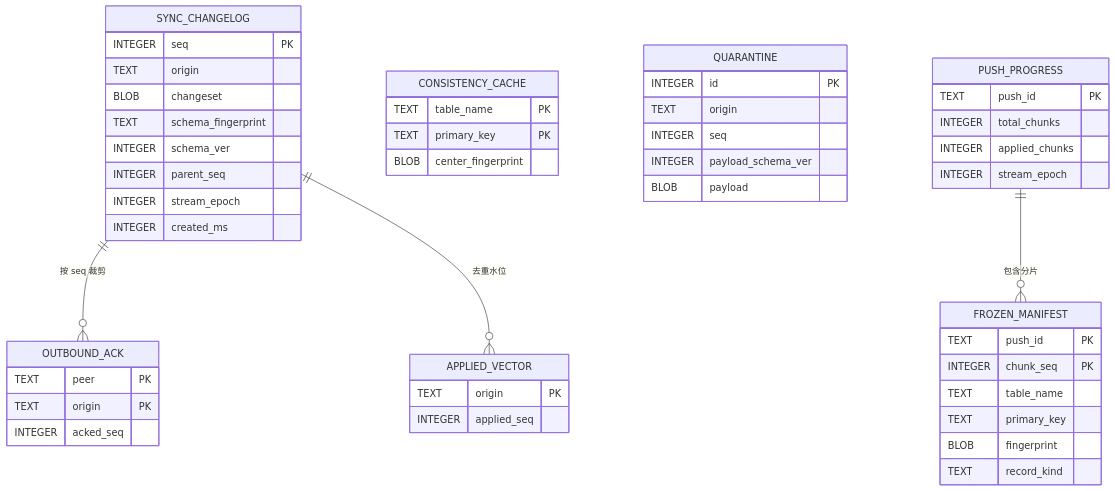
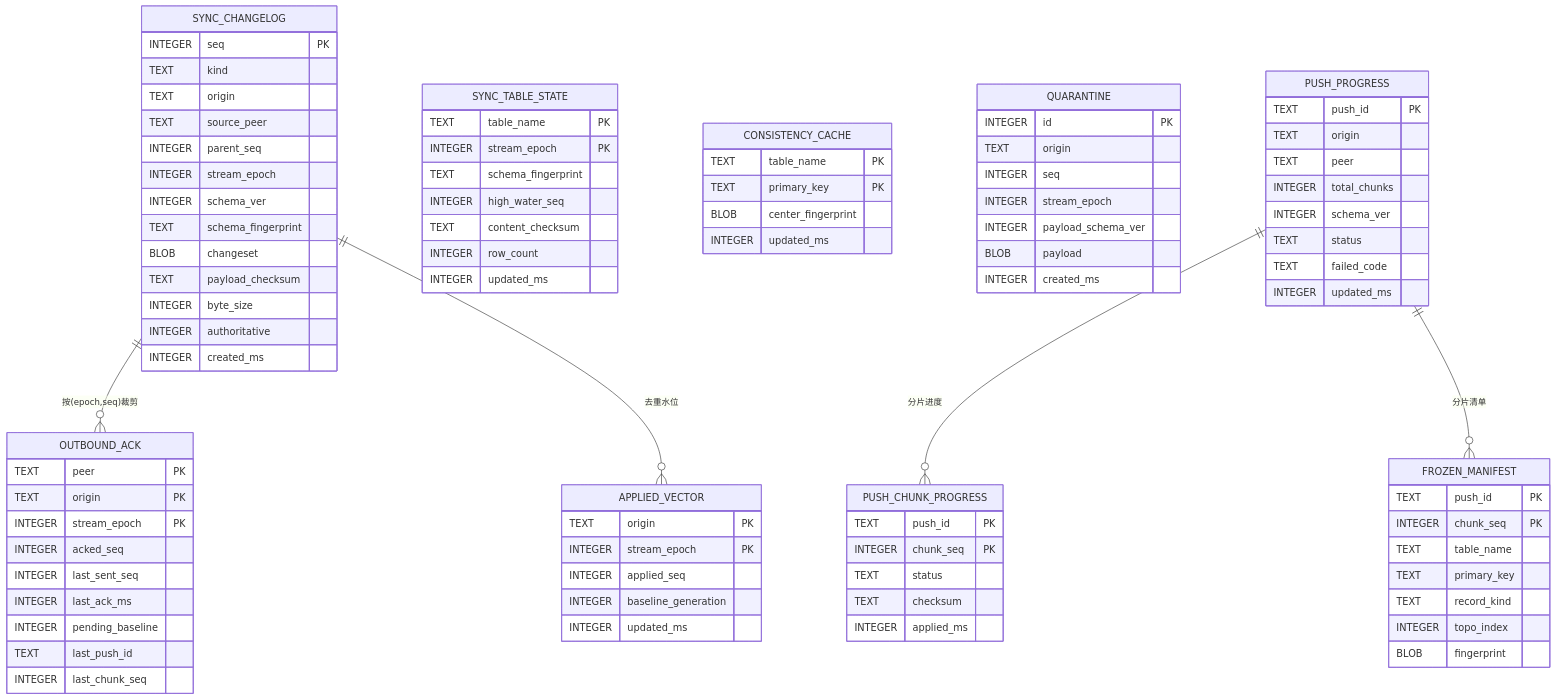
Before and after one commit to 055liufl/excelproject: the fourth of 12 diagrams in specs/SQLite-同步工具-设计文档.md, drawn with Mermaid. The commit also changed other lines of this file, not shown here.

````diff
--- a/specs/SQLite-同步工具-设计文档.md
+++ b/specs/SQLite-同步工具-设计文档.md
@@ -580,50 +551,89 @@
 erDiagram
     SYNC_CHANGELOG {
         INTEGER seq PK
+        TEXT kind
         TEXT origin
-        BLOB changeset
-        TEXT schema_fingerprint
-        INTEGER schema_ver
+        TEXT source_peer
         INTEGER parent_seq
         INTEGER stream_epoch
+        INTEGER schema_ver
+        TEXT schema_fingerprint
+        BLOB changeset
+        TEXT payload_checksum
+        INTEGER byte_size
+        INTEGER authoritative
         INTEGER created_ms
     }
     APPLIED_VECTOR {
         TEXT origin PK
+        INTEGER stream_epoch PK
         INTEGER applied_seq
+        INTEGER baseline_generation
+        INTEGER updated_ms
     }
     OUTBOUND_ACK {
         TEXT peer PK
         TEXT origin PK
+        INTEGER stream_epoch PK
         INTEGER acked_seq
+        INTEGER last_sent_seq
+        INTEGER last_ack_ms
+        INTEGER pending_baseline
+        TEXT last_push_id
+        INTEGER last_chunk_seq
+    }
+    SYNC_TABLE_STATE {
+        TEXT table_name PK
+        INTEGER stream_epoch PK
+        TEXT schema_fingerprint
+        INTEGER high_water_seq
+        TEXT content_checksum
+        INTEGER row_count
+        INTEGER updated_ms
     }
     CONSISTENCY_CACHE {
         TEXT table_name PK
         TEXT primary_key PK
         BLOB center_fingerprint
+        INTEGER updated_ms
     }
     QUARANTINE {
         INTEGER id PK
         TEXT origin
         INTEGER seq
+        INTEGER stream_epoch
         INTEGER payload_schema_ver
         BLOB payload
+        INTEGER created_ms
     }
     PUSH_PROGRESS {
         TEXT push_id PK
+        TEXT origin
+        TEXT peer
         INTEGER total_chunks
-        INTEGER applied_chunks
-        INTEGER stream_epoch
+        INTEGER schema_ver
+        TEXT status
+        TEXT failed_code
+        INTEGER updated_ms
+    }
+    PUSH_CHUNK_PROGRESS {
+        TEXT push_id PK
+        INTEGER chunk_seq PK
+        TEXT status
+        TEXT checksum
+        INTEGER applied_ms
     }
     FROZEN_MANIFEST {
         TEXT push_id PK
         INTEGER chunk_seq PK
         TEXT table_name
         TEXT primary_key
+        TEXT record_kind
+        INTEGER topo_index
         BLOB fingerprint
-        TEXT record_kind
     }
-    PUSH_PROGRESS ||--o{ FROZEN_MANIFEST : "包含分片"
-    SYNC_CHANGELOG ||--o{ OUTBOUND_ACK : "按 seq 裁剪"
+    PUSH_PROGRESS ||--o{ PUSH_CHUNK_PROGRESS : "分片进度"
+    PUSH_PROGRESS ||--o{ FROZEN_MANIFEST : "分片清单"
+    SYNC_CHANGELOG ||--o{ OUTBOUND_ACK : "按(epoch,seq)裁剪"
     SYNC_CHANGELOG ||--o{ APPLIED_VECTOR : "去重水位"
 ```
````
